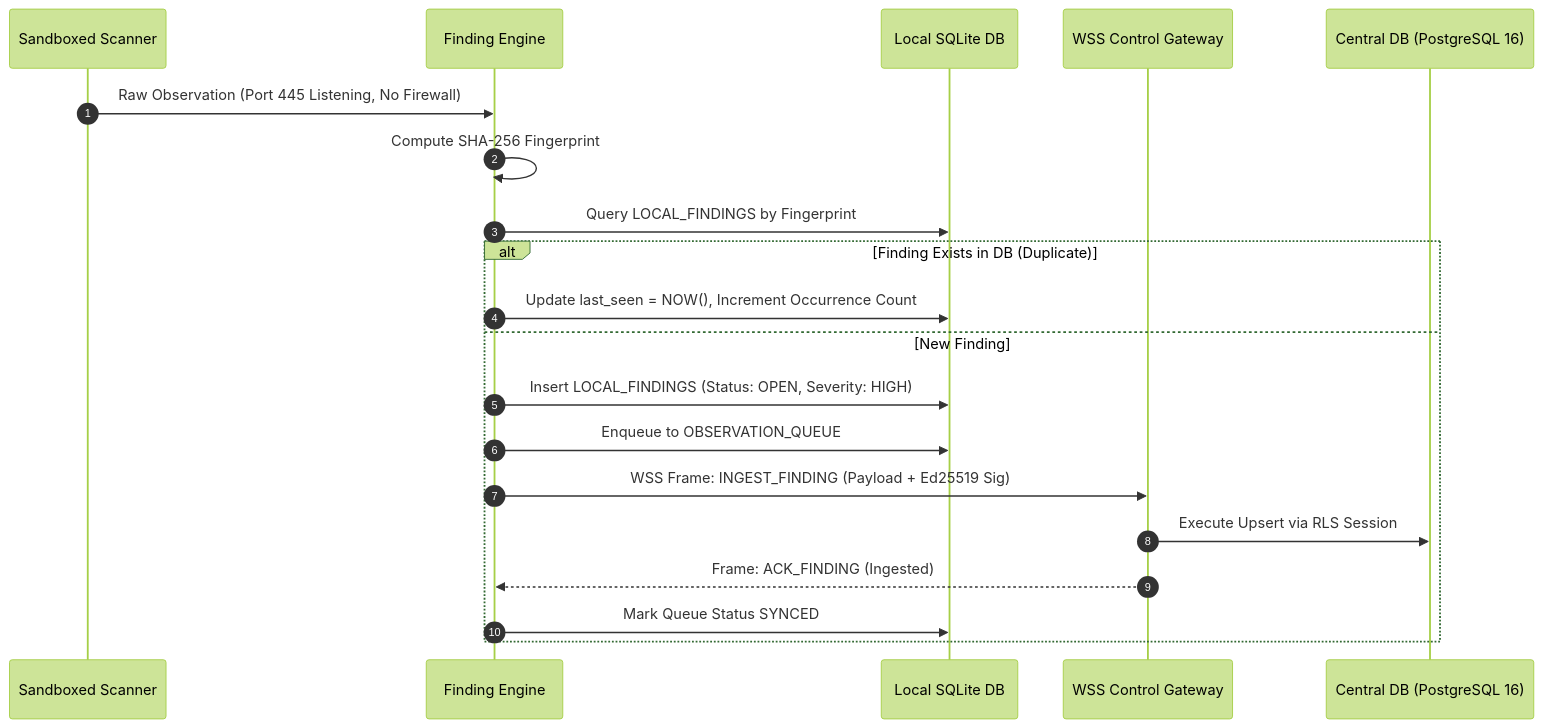
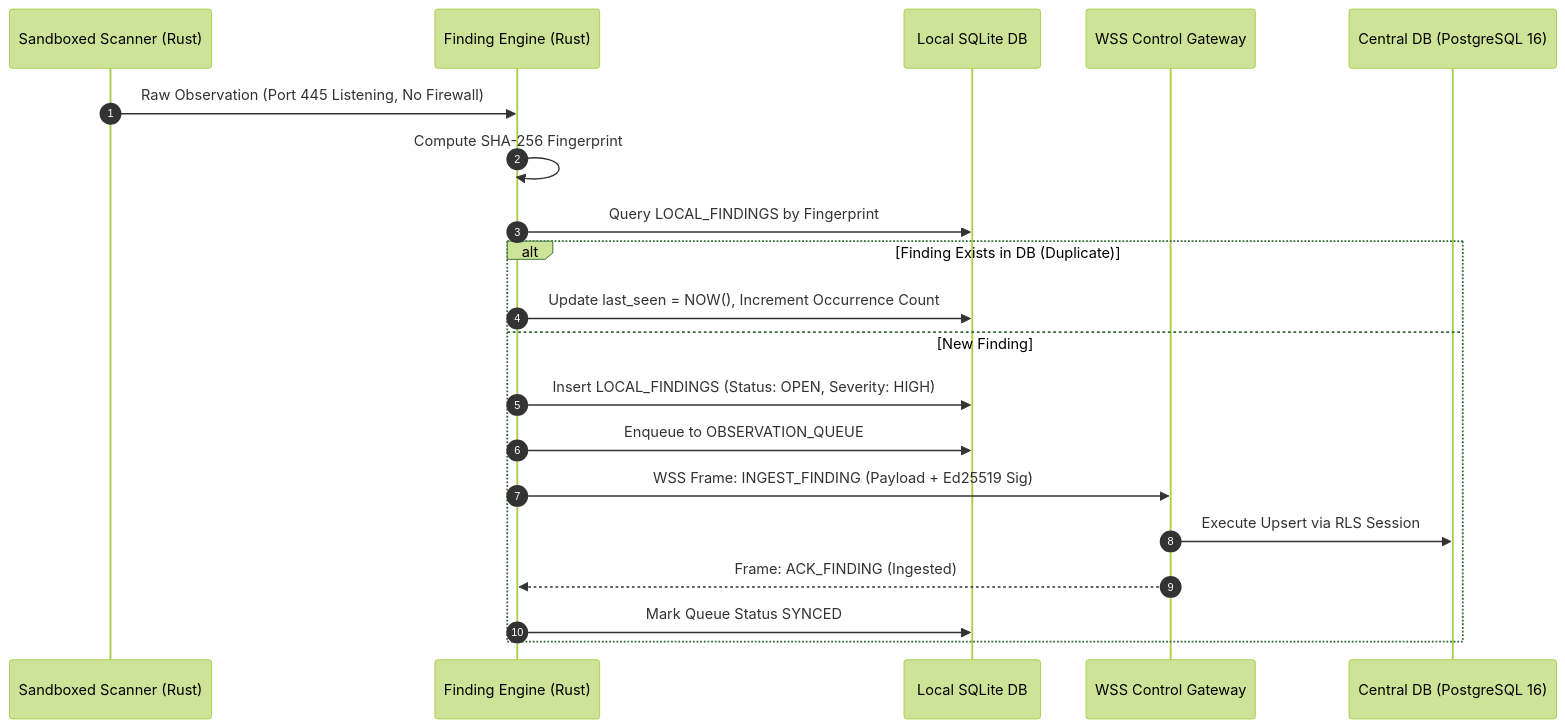
Before and after one commit to Subhadip-Paul2006/NETRA-Backend: diagram 13 of 13 in docs/SYSTEM_DESIGN.md, drawn with Mermaid (forest theme). The commit also changed other lines of this file and 13 other files, not shown here.

Commit message:
docs: finalize Rust-first systems architecture lock across all 16 specifications

````diff
--- a/docs/SYSTEM_DESIGN.md
+++ b/docs/SYSTEM_DESIGN.md
@@ -418,23 +429,23 @@
 ```mermaid
 sequenceDiagram
     autonumber
-    participant Scanner as Sandboxed Scanner
-    participant Engine as Finding Engine
+    participant Scanner as Sandboxed Scanner (Rust)
+    participant Engine as Finding Engine (Rust)
     participant SQLite as Local SQLite DB
     participant Gateway as WSS Control Gateway
     participant Postgres as Central DB (PostgreSQL 16)
 
     Scanner->>Engine: Raw Observation (Port 445 Listening, No Firewall)
     Engine->>Engine: Compute SHA-256 Fingerprint
     Engine->>SQLite: Query LOCAL_FINDINGS by Fingerprint
     alt Finding Exists in DB (Duplicate)
         Engine->>SQLite: Update last_seen = NOW(), Increment Occurrence Count
     else New Finding
         Engine->>SQLite: Insert LOCAL_FINDINGS (Status: OPEN, Severity: HIGH)
         Engine->>SQLite: Enqueue to OBSERVATION_QUEUE
         Engine->>Gateway: WSS Frame: INGEST_FINDING (Payload + Ed25519 Sig)
         Gateway->>Postgres: Execute Upsert via RLS Session
         Gateway-->>Engine: Frame: ACK_FINDING (Ingested)
         Engine->>SQLite: Mark Queue Status SYNCED
     end
 ```
````
